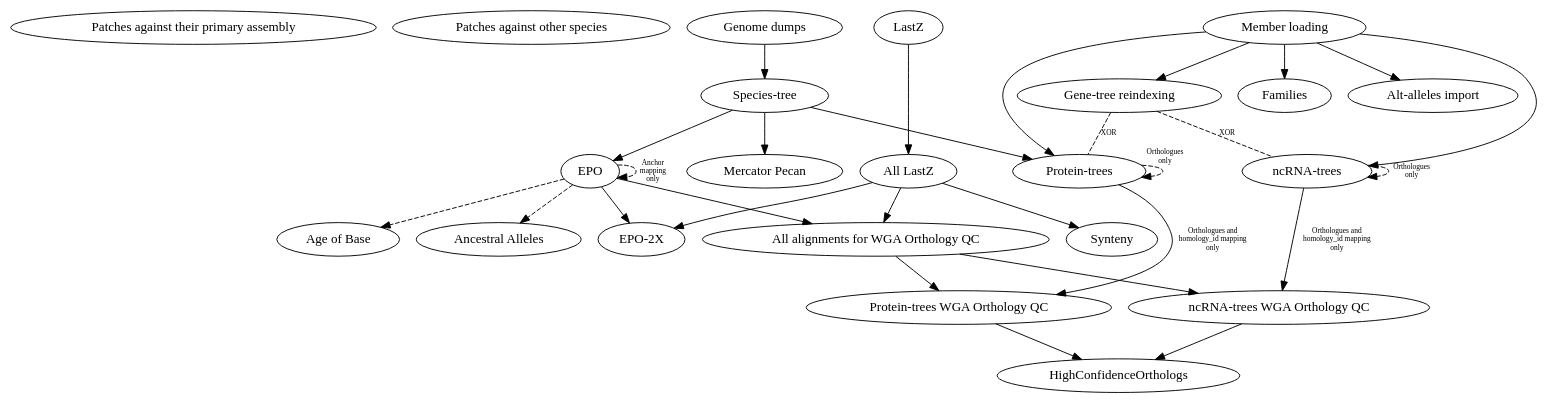
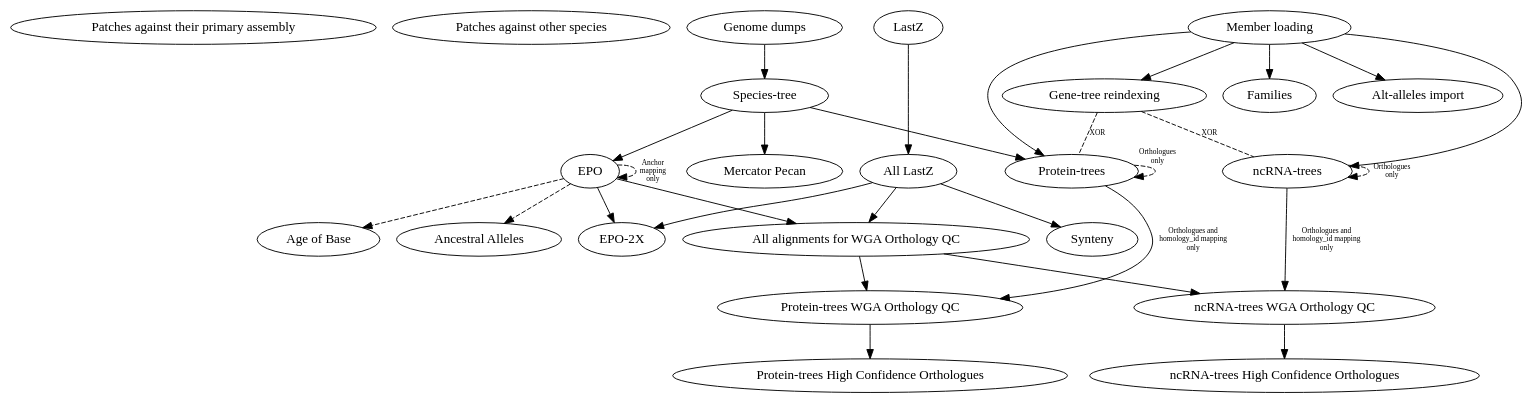
The diagram in scripts/jira_tickets/compara_merged.dot (Ensembl/ensembl-compara), drawn with Graphviz before and after one commit. The commit also changed 2 other files, not shown here.

Commit message:
Split HighConfidence into protein/ncrna and introduced a ticket per collection

```diff
--- a/scripts/jira_tickets/compara_merged.dot
+++ b/scripts/jira_tickets/compara_merged.dot
@@ -1,25 +1,26 @@
 digraph {
     "Patches against their primary assembly";
     "Patches against other species";
 
     "Genome dumps" -> "Species-tree";
     "Species-tree" -> { "EPO", "Mercator Pecan", "Protein-trees" };
     {"EPO", "All LastZ"} -> "EPO-2X";
     "Member loading" -> { "Protein-trees", "ncRNA-trees", "Families", "Gene-tree reindexing", "Alt-alleles import" };
     "Protein-trees" -> "Protein-trees WGA Orthology QC" [fontsize="8", label="Orthologues and\nhomology_id mapping\nonly"];
     "ncRNA-trees" -> "ncRNA-trees WGA Orthology QC" [fontsize="8", label="Orthologues and\nhomology_id mapping\nonly"];
     {"All LastZ", "EPO"} -> "All alignments for WGA Orthology QC" -> {"Protein-trees WGA Orthology QC", "ncRNA-trees WGA Orthology QC"};
-    {"Protein-trees WGA Orthology QC", "ncRNA-trees WGA Orthology QC"} -> "HighConfidenceOrthologs";
+    "Protein-trees WGA Orthology QC" -> "Protein-trees High Confidence Orthologues";
+    "ncRNA-trees WGA Orthology QC" -> "ncRNA-trees High Confidence Orthologues";
     "LastZ" -> "All LastZ" -> "Synteny";
 
     "Gene-tree reindexing" -> "ncRNA-trees" [style="dashed", dir=none, fontsize="8", label="XOR"];
     "Gene-tree reindexing" -> "Protein-trees" [style="dashed", dir=none, fontsize="8", label="XOR"];
     "EPO" -> "EPO" [style="dashed", fontsize="8", label="Anchor\nmapping\nonly", headport="Primates:e", tailport="Mammals:e"];
     "EPO" -> "Age of Base" [style="dashed", headport="Human:e", tailport="Mammals:w"];
     "EPO" -> "Ancestral Alleles" [style="dashed", headport="Vertebrates:w", tailport="Primates:w"];
     "Protein-trees" -> "Protein-trees" [style="dashed", fontsize="8", xlabel="Orthologues\nonly", headport="Murinae:w", tailport="Default vertebrates:w"];
     "ncRNA-trees" -> "ncRNA-trees" [style="dashed", fontsize="8", label="Orthologues\nonly", headport="Murinae:e", tailport="Default vertebrates:e"];
 
     // Helps laying out the graph
     {rank = same; "Genome dumps"; "LastZ"; "Member loading"; }
 }
```
